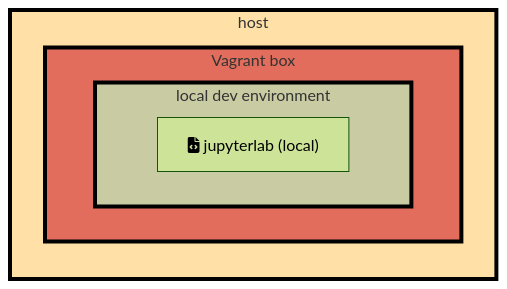
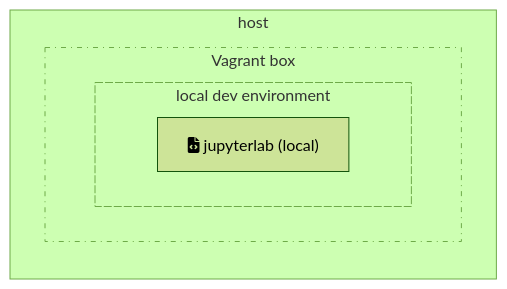
The first of 3 diagrams in README.md (markgreene74/jupyterlab-local-dev-with-vagrant), drawn with Mermaid (forest theme) before and after one commit. The commit also changed other lines of this file, not shown here.

Commit message:
improve diagrams readability

````diff
--- a/README.md
+++ b/README.md
@@ -115,13 +115,12 @@
 ```mermaid
 graph LR
     subgraph host
-        subgraph vagrant["Vagrant box"]
+        subgraph vagrant["Vagrant box<div></div> "]
             subgraph localdev["local dev environment"]
             clone["fa:fa-file-code jupyterlab (local)"]
-            style localdev fill:#c9cba3,stroke:#000,stroke-width:4px
-            style vagrant  fill:#e26d5c,stroke:#000,stroke-width:4px
-            style host     fill:#ffe1a8,stroke:#000,stroke-width:4px
+            style localdev stroke-dasharray: 8 2
+            style vagrant  stroke-dasharray: 5 5 1 5
             end
         end
     end
 ```
````
